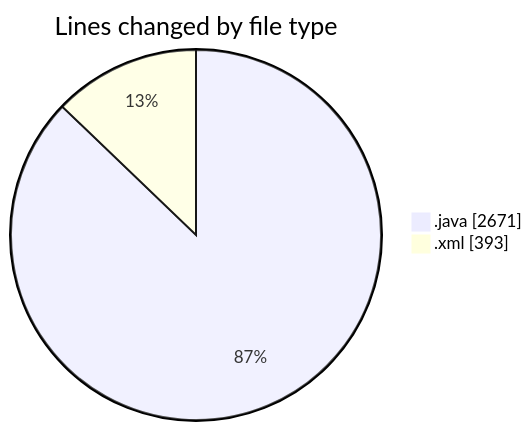
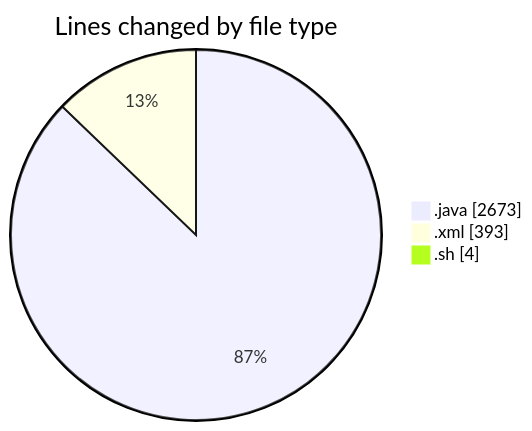
Before and after one commit to charlie-sans/code-tracking: the first of 2 diagrams in 2025-03-09/jmasm/README.md, drawn with Mermaid. The commit also changed other lines of this file and 1 other file, not shown here.

````diff
--- a/2025-03-09/jmasm/README.md
+++ b/2025-03-09/jmasm/README.md
@@ -28,6 +29,7 @@
 ```mermaid
 pie showData
 title Lines changed by file type
-".java" : 2671
+".java" : 2673
 ".xml" : 393
+".sh" : 4
 ```
````
